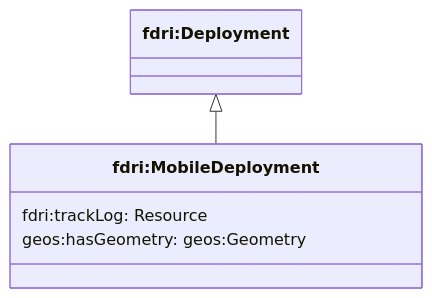
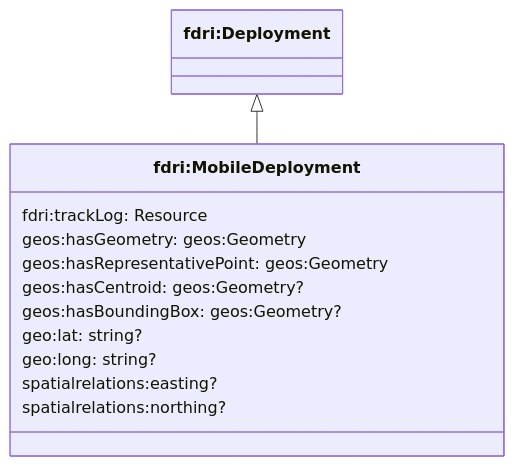
Before and after one commit to NERC-CEH/fdri-ontology: the third of 3 diagrams in ontology/doc/deployments.md, drawn with Mermaid. The commit also changed other lines of this file and 5 other files, not shown here.

````diff
--- a/ontology/doc/deployments.md
+++ b/ontology/doc/deployments.md
@@ -76,10 +76,17 @@
 ```mermaid
 classDiagram
 class Deployment["fdri:Deployment"]
 class MobileDeployment["fdri:MobileDeployment"]
 class MobileDeployment {
     fdri:trackLog: Resource
     geos:hasGeometry: geos:Geometry
+    geos:hasRepresentativePoint: geos:Geometry
+    geos:hasCentroid: geos:Geometry?
+    geos:hasBoundingBox: geos:Geometry?
+    geo:lat: string?
+    geo:long: string?
+    spatialrelations:easting?
+    spatialrelations:northing?
 }
 Deployment <|-- MobileDeployment
 ```
````
